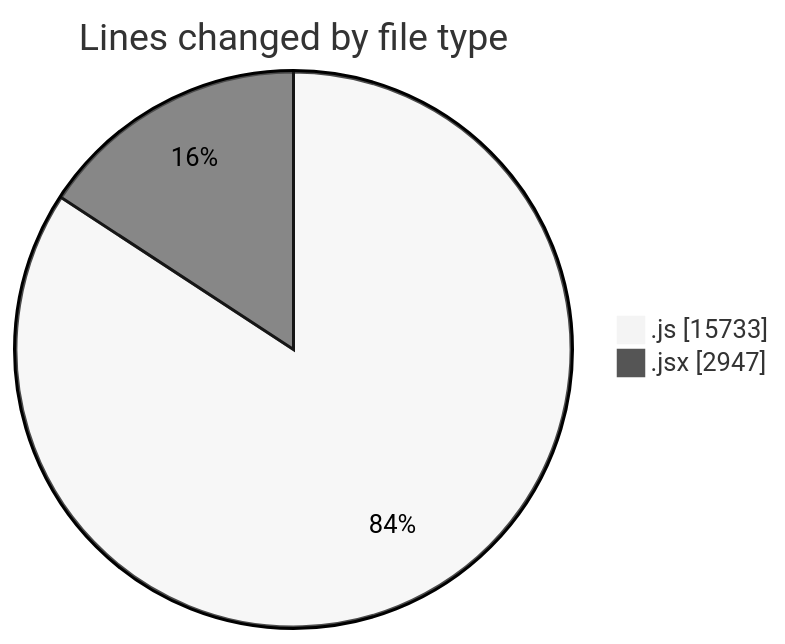
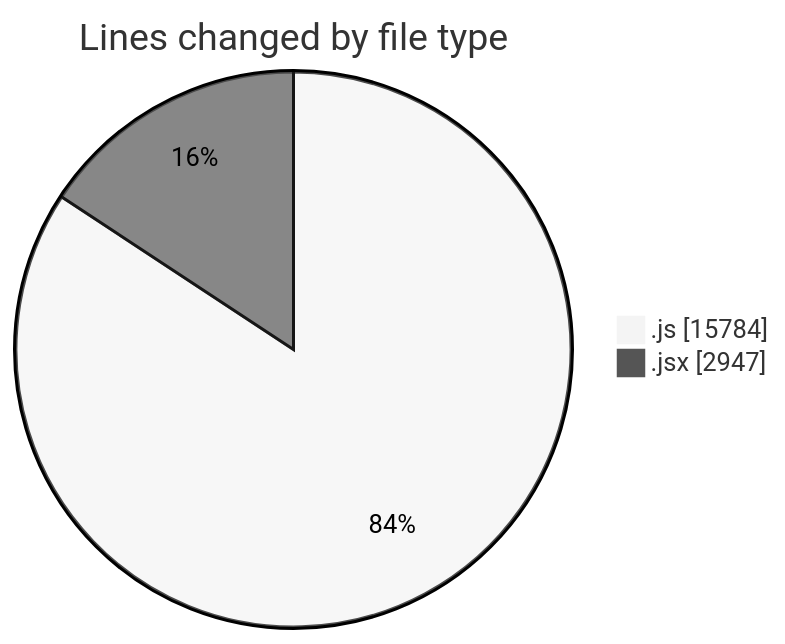
Before and after one commit to nxtqubesakshisongat/code-tracking: the first of 2 diagrams in 2025-09-26/nxtqube_webapp/README.md, drawn with Mermaid (neutral theme). The commit also changed other lines of this file and 1 other file, not shown here.

````diff
--- a/2025-09-26/nxtqube_webapp/README.md
+++ b/2025-09-26/nxtqube_webapp/README.md
@@ -27,6 +27,6 @@
 ```mermaid
 pie showData
 title Lines changed by file type
-".js" : 15733
+".js" : 15784
 ".jsx" : 2947
 ```
````
